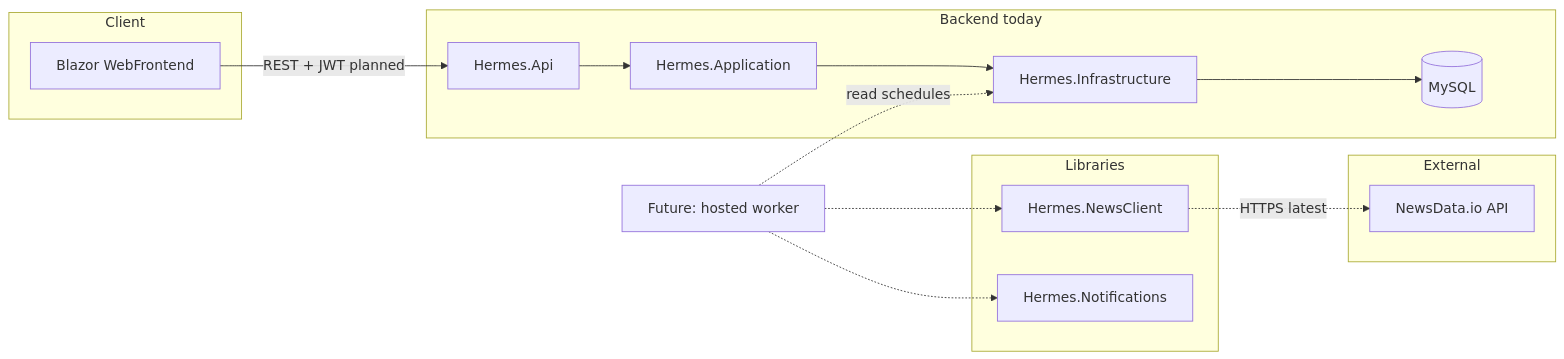
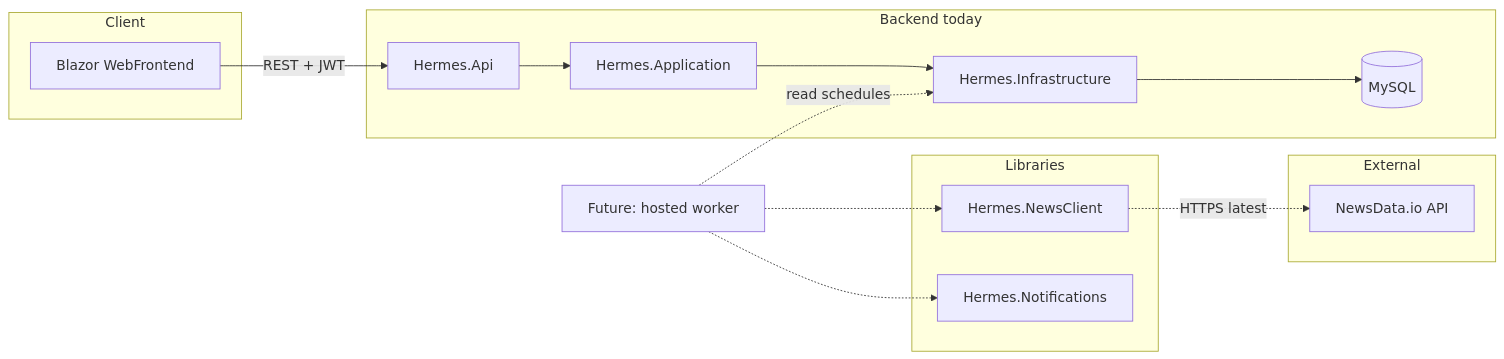
The diagram in README.md (meelinaa/Hermes), drawn with Mermaid before and after one commit. The commit also changed other lines of this file and 3412 other files, not shown here.

````diff
--- a/README.md
+++ b/README.md
@@ -36,27 +38,27 @@
 ```mermaid
 flowchart LR
   subgraph client [Client]
     FE[Blazor WebFrontend]
   end
   subgraph backend [Backend today]
     API[Hermes.Api]
     APP[Hermes.Application]
     INF[Hermes.Infrastructure]
     DB[(MySQL)]
   end
   subgraph libs [Libraries]
     NC[Hermes.NewsClient]
     NT[Hermes.Notifications]
   end
   subgraph external [External]
     NDI[NewsData.io API]
   end
-  FE -->|REST + JWT planned| API
+  FE -->|REST + JWT| API
   API --> APP
   APP --> INF
   INF --> DB
   Worker[Future: hosted worker] -.->|read schedules| INF
   Worker -.-> NC
   NC -.->|HTTPS latest| NDI
   Worker -.-> NT
 ```
````
